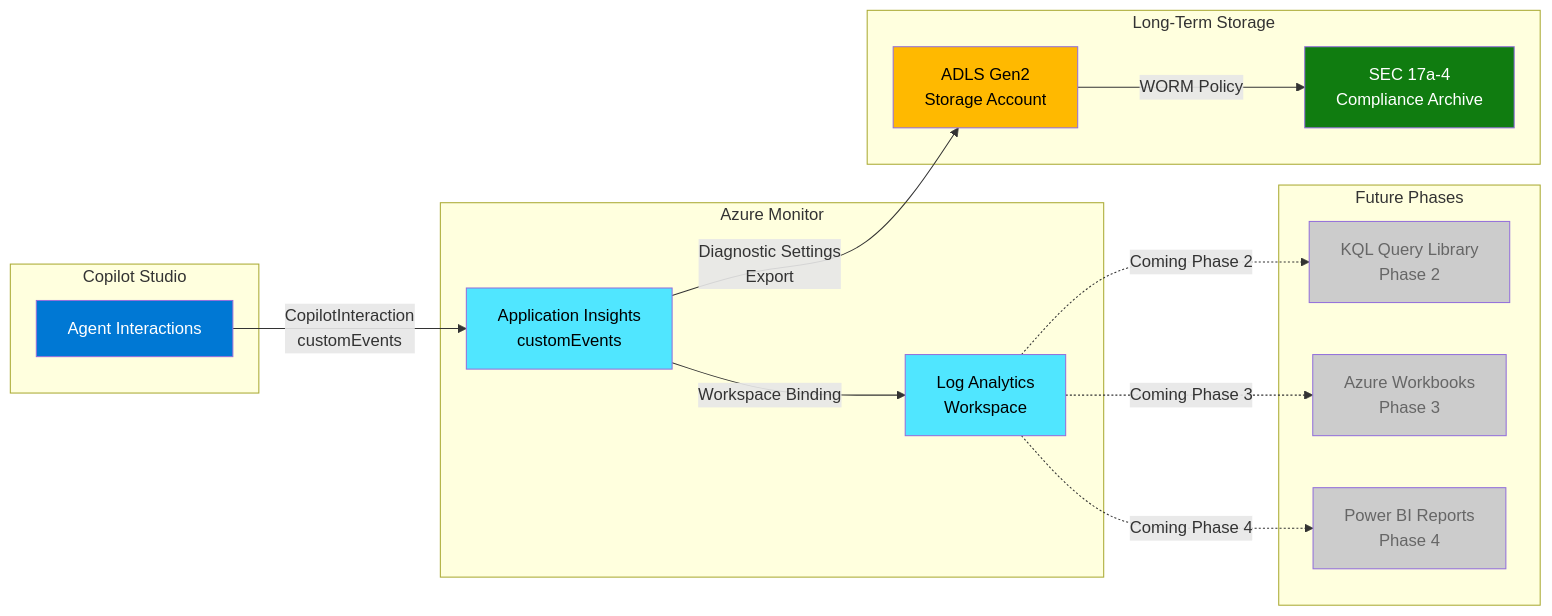
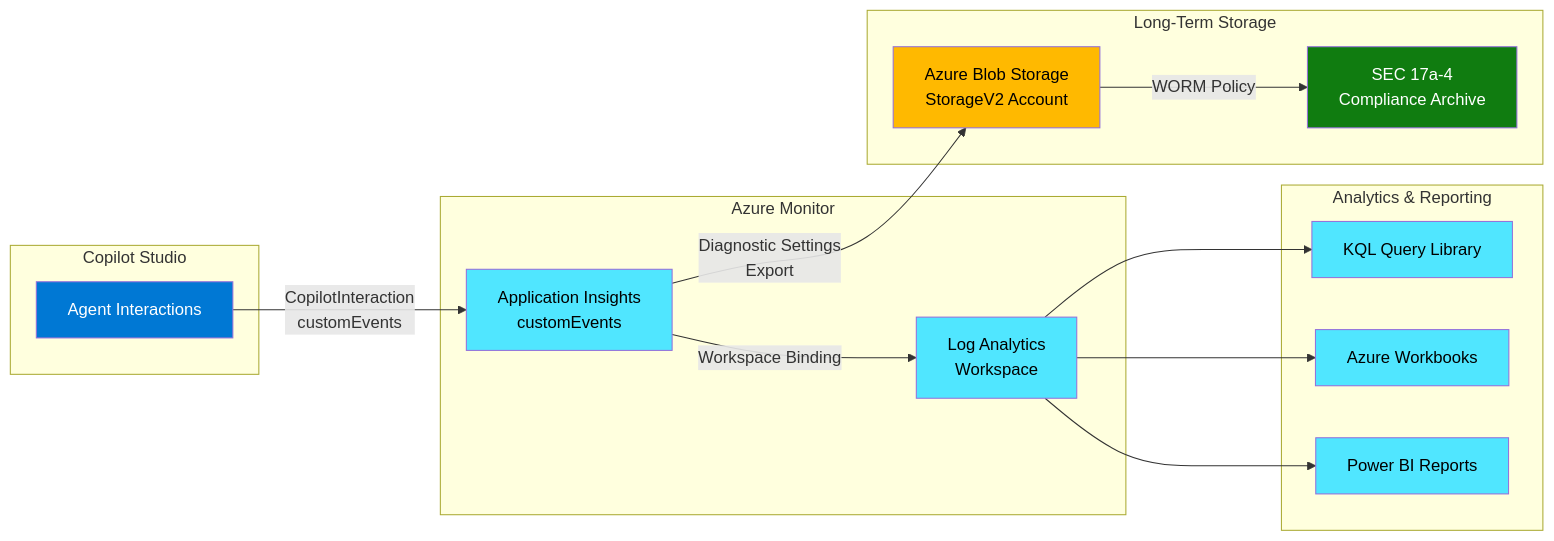
One commit to judeper/FSI-AgentGov-Solutions changed the diagram in agent-observability-foundation/architecture.md. Above: the diagram before and after it, drawn with Mermaid. The commit also changed other lines of this file and 26 other files, not shown here.

````diff
--- a/agent-observability-foundation/architecture.md
+++ b/agent-observability-foundation/architecture.md
@@ -9,39 +9,39 @@
 ```mermaid
 graph LR
     subgraph "Copilot Studio"
         A[Agent Interactions]
     end
 
     subgraph "Azure Monitor"
         B[Application Insights<br/>customEvents]
         C[Log Analytics<br/>Workspace]
     end
 
     subgraph "Long-Term Storage"
-        D[ADLS Gen2<br/>Storage Account]
+        D[Azure Blob Storage<br/>StorageV2 Account]
         E[SEC 17a-4<br/>Compliance Archive]
     end
 
-    subgraph "Future Phases"
-        F[KQL Query Library<br/>Phase 2]
-        G[Azure Workbooks<br/>Phase 3]
-        H[Power BI Reports<br/>Phase 4]
+    subgraph "Analytics & Reporting"
+        F[KQL Query Library]
+        G[Azure Workbooks]
+        H[Power BI Reports]
     end
 
     A -->|CopilotInteraction<br/>customEvents| B
     B -->|Workspace Binding| C
     B -->|Diagnostic Settings<br/>Export| D
     D -->|WORM Policy| E
-    C -.->|Coming Phase 2| F
-    C -.->|Coming Phase 3| G
-    C -.->|Coming Phase 4| H
+    C --> F
+    C --> G
+    C --> H
 
     style A fill:#0078d4,color:#fff
     style B fill:#50e6ff,color:#000
     style C fill:#50e6ff,color:#000
     style D fill:#ffb900,color:#000
     style E fill:#107c10,color:#fff
-    style F fill:#ccc,color:#666
-    style G fill:#ccc,color:#666
-    style H fill:#ccc,color:#666
+    style F fill:#50e6ff,color:#000
+    style G fill:#50e6ff,color:#000
+    style H fill:#50e6ff,color:#000
 ```
````
